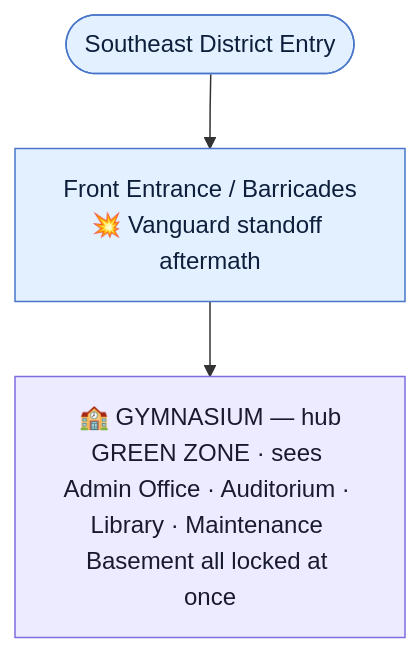
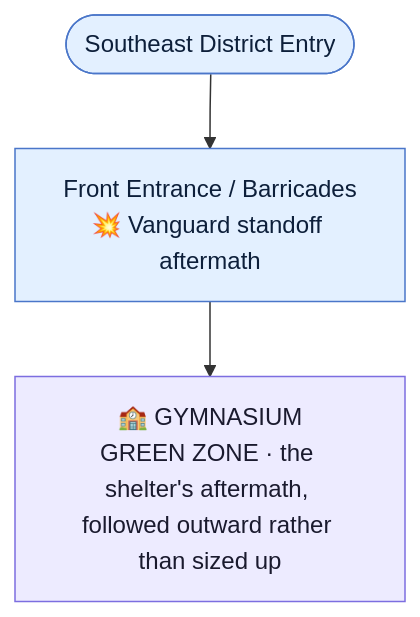
One commit to GIToez/Deadlock-Design changed the first of 5 diagrams in DESIGN/Locations/Academy.md. Above: the diagram before and after it, drawn with Mermaid. The commit also changed other lines of this file and 8 other files, not shown here.

````diff
--- a/DESIGN/Locations/Academy.md
+++ b/DESIGN/Locations/Academy.md
@@ -420,13 +426,13 @@
 ```mermaid
 flowchart TD
     ENTRY(["Southeast District Entry"])
     FRONT["Front Entrance / Barricades<br/>💥 Vanguard standoff aftermath"]
-    GYM["🏫 GYMNASIUM — hub<br/>GREEN ZONE · sees Admin Office · Auditorium · Library · Maintenance Basement all locked at once"]
+    GYM["🏫 GYMNASIUM<br/>GREEN ZONE · the shelter's aftermath, followed outward rather than sized up"]
 
     ENTRY --> FRONT --> GYM
 
     classDef room fill:#EDEBFF,stroke:#7C6EE0,color:#1a1a2e
     classDef exterior fill:#E3F0FF,stroke:#4A76C9,color:#0d1f3a
     class ENTRY,FRONT exterior
     class GYM room
 ```
````
